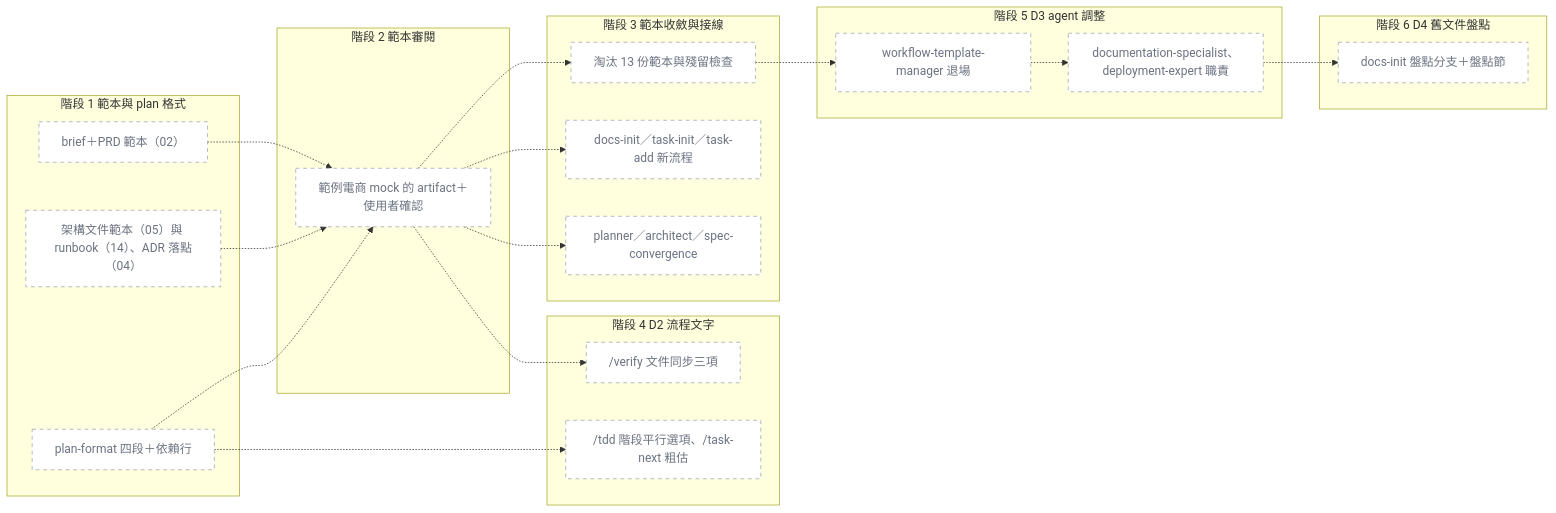
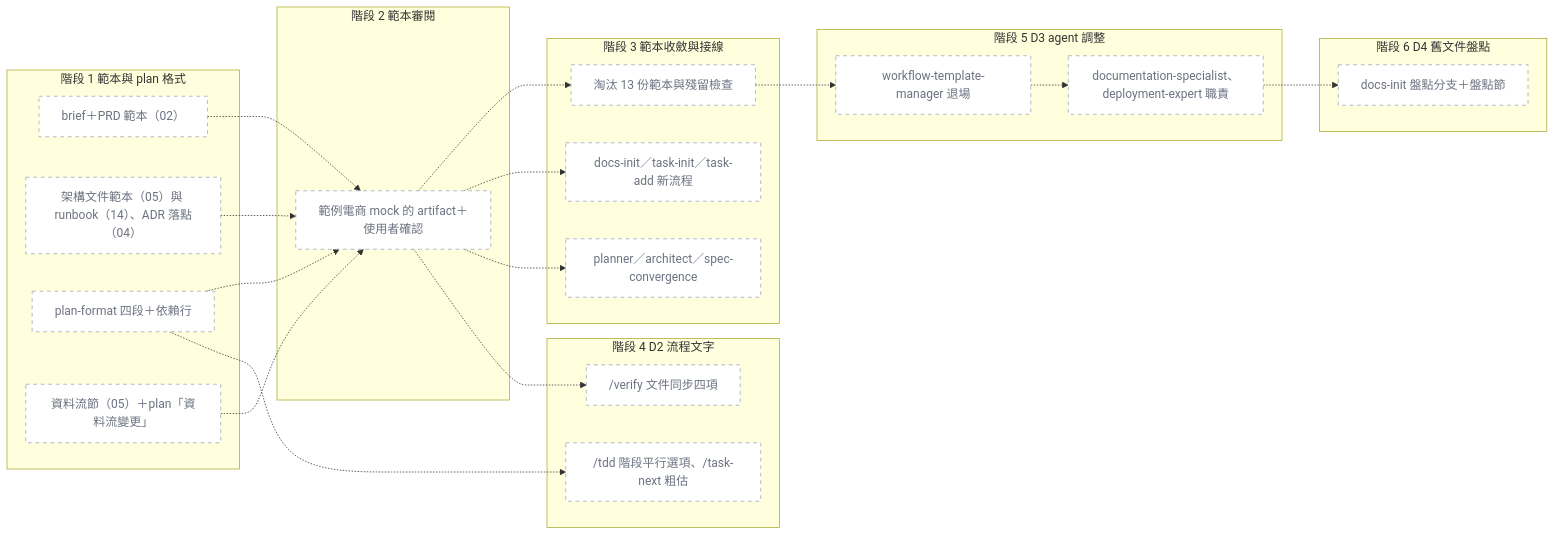
The diagram in .claude/taskmaster-data/plans/adhoc-2026-11-05-docs-system.md (bheadwei/claude-GUNDAM-zh-tw), drawn with Mermaid before and after one commit. The commit also changed other lines of this file and 8 other files, not shown here.

````diff
--- a/.claude/taskmaster-data/plans/adhoc-2026-11-05-docs-system.md
+++ b/.claude/taskmaster-data/plans/adhoc-2026-11-05-docs-system.md
@@ -82,40 +88,42 @@
 ```mermaid
 flowchart LR
   classDef planned fill:#ffffff,stroke:#9ca3af,stroke-dasharray:5 5,color:#6b7280
   subgraph s1["階段 1 範本與 plan 格式"]
     p1["brief＋PRD 範本（02）"]
     p2["架構文件範本（05）與 runbook（14）、ADR 落點（04）"]
     p3["plan-format 四段＋依賴行"]
+    p13["資料流節（05）＋plan「資料流變更」"]
   end
   subgraph s2["階段 2 範本審閱"]
     p4["範例電商 mock 的 artifact＋使用者確認"]
   end
   subgraph s3["階段 3 範本收斂與接線"]
     p5["淘汰 13 份範本與殘留檢查"]
     p6["docs-init／task-init／task-add 新流程"]
     p7["planner／architect／spec-convergence"]
   end
   subgraph s4["階段 4 D2 流程文字"]
-    p8["/verify 文件同步三項"]
+    p8["/verify 文件同步四項"]
     p9["/tdd 階段平行選項、/task-next 粗估"]
   end
   subgraph s5["階段 5 D3 agent 調整"]
     p10["workflow-template-manager 退場"]
     p11["documentation-specialist、deployment-expert 職責"]
   end
   subgraph s6["階段 6 D4 舊文件盤點"]
     p12["docs-init 盤點分支＋盤點節"]
   end
   p1 -.-> p4
   p2 -.-> p4
   p3 -.-> p4
+  p13 -.-> p4
   p4 -.-> p5
   p4 -.-> p6
   p4 -.-> p7
   p4 -.-> p8
   p3 -.-> p9
   p5 -.-> p10
   p10 -.-> p11
   p11 -.-> p12
-  class p1,p2,p3,p4,p5,p6,p7,p8,p9,p10,p11,p12 planned
+  class p1,p2,p3,p4,p5,p6,p7,p8,p9,p10,p11,p12,p13 planned
 ```
````
